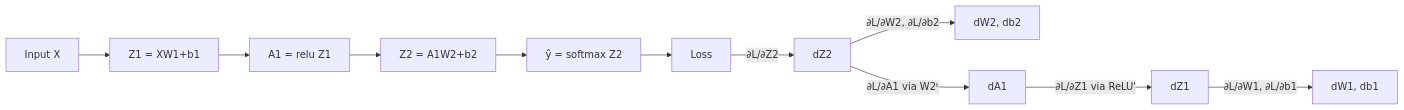
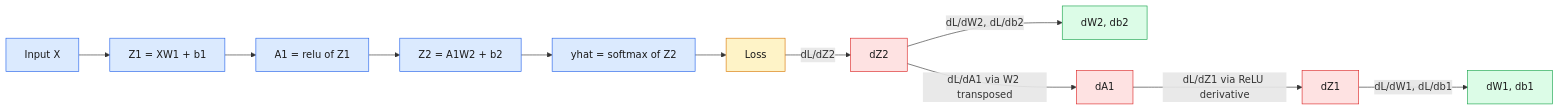
The first of 2 diagrams in day03_deep_learning/16_backpropagation/README.md (bhanu-prakash12/ai-ml-engineer-fundamentals), drawn with Mermaid before and after one commit. The commit also changed other lines of this file and 68 other files, not shown here.

````diff
--- a/day03_deep_learning/16_backpropagation/README.md
+++ b/day03_deep_learning/16_backpropagation/README.md
@@ -39,10 +69,18 @@
 ```mermaid
 flowchart LR
-  X[Input X] --> Z1[Z1 = XW1+b1] --> A1[A1 = relu Z1] --> Z2[Z2 = A1W2+b2] --> Yhat[ŷ = softmax Z2]
-  Yhat --> L[Loss]
-  L -->|∂L/∂Z2| dZ2[dZ2]
-  dZ2 -->|∂L/∂W2, ∂L/∂b2| W2grad[dW2, db2]
-  dZ2 -->|∂L/∂A1 via W2ᵗ| dA1[dA1]
-  dA1 -->|∂L/∂Z1 via ReLU'| dZ1[dZ1]
-  dZ1 -->|∂L/∂W1, ∂L/∂b1| W1grad[dW1, db1]
+  X["Input X"] --> Z1["Z1 = XW1 + b1"] --> A1["A1 = relu of Z1"] --> Z2["Z2 = A1W2 + b2"] --> Yhat["yhat = softmax of Z2"]
+  Yhat --> L["Loss"]
+  L -->|"dL/dZ2"| dZ2["dZ2"]
+  dZ2 -->|"dL/dW2, dL/db2"| W2grad["dW2, db2"]
+  dZ2 -->|"dL/dA1 via W2 transposed"| dA1["dA1"]
+  dA1 -->|"dL/dZ1 via ReLU derivative"| dZ1["dZ1"]
+  dZ1 -->|"dL/dW1, dL/db1"| W1grad["dW1, db1"]
+  classDef fwd fill:#DBEAFE,stroke:#2563EB,color:#1a1a1a;
+  classDef loss fill:#FEF3C7,stroke:#D97706,color:#1a1a1a;
+  classDef bwd fill:#FEE2E2,stroke:#DC2626,color:#1a1a1a;
+  classDef grad fill:#DCFCE7,stroke:#16A34A,color:#1a1a1a;
+  class X,Z1,A1,Z2,Yhat fwd;
+  class L loss;
+  class dZ2,dA1,dZ1 bwd;
+  class W2grad,W1grad grad;
 ```
````
